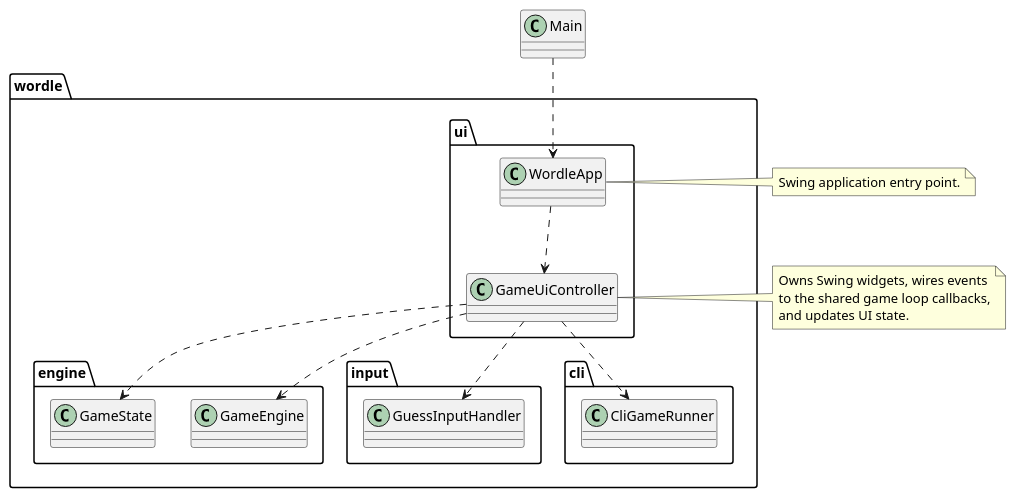
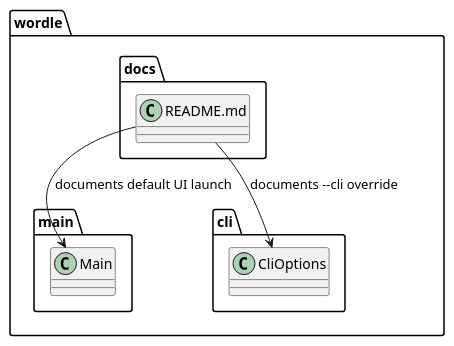
The fourth of 4 diagrams in examples/wordle/tasks/done/007-add-minimal-ui.md (dpolivaev/spec-loop), drawn with PlantUML before and after one commit. The commit also changed other lines of this file and 7 other files, not shown here.

````diff
--- a/examples/wordle/tasks/done/007-add-minimal-ui.md
+++ b/examples/wordle/tasks/done/007-add-minimal-ui.md
@@ -181,40 +183,19 @@
 ```plantuml
 @startuml
-package wordle.ui {
-  class WordleApp
-  class GameUiController
+set separator none
+package "wordle" {
+  package "docs" {
+    class "README.md" as ReadmeFile
+  }
+  package "main" {
+    class Main
+  }
+  package "cli" {
+    class CliOptions
+  }
 }
 
-package wordle.engine {
-  class GameEngine
-  class GameState
-}
-
-package wordle.input {
-  class GuessInputHandler
-}
-
-package wordle.cli {
-  class CliGameRunner
-}
-
-class Main
-
-Main ..> WordleApp
-WordleApp ..> GameUiController
-GameUiController ..> GameEngine
-GameUiController ..> GameState
-GameUiController ..> GuessInputHandler
-GameUiController ..> CliGameRunner
-
-note right of WordleApp
-  Swing application entry point.
-end note
-
-note right of GameUiController
-  Owns Swing widgets, wires events
-  to the shared game loop callbacks,
-  and updates UI state.
-end note
+ReadmeFile --> Main : documents default UI launch
+ReadmeFile --> CliOptions : documents --cli override
 @enduml
 ```
````
